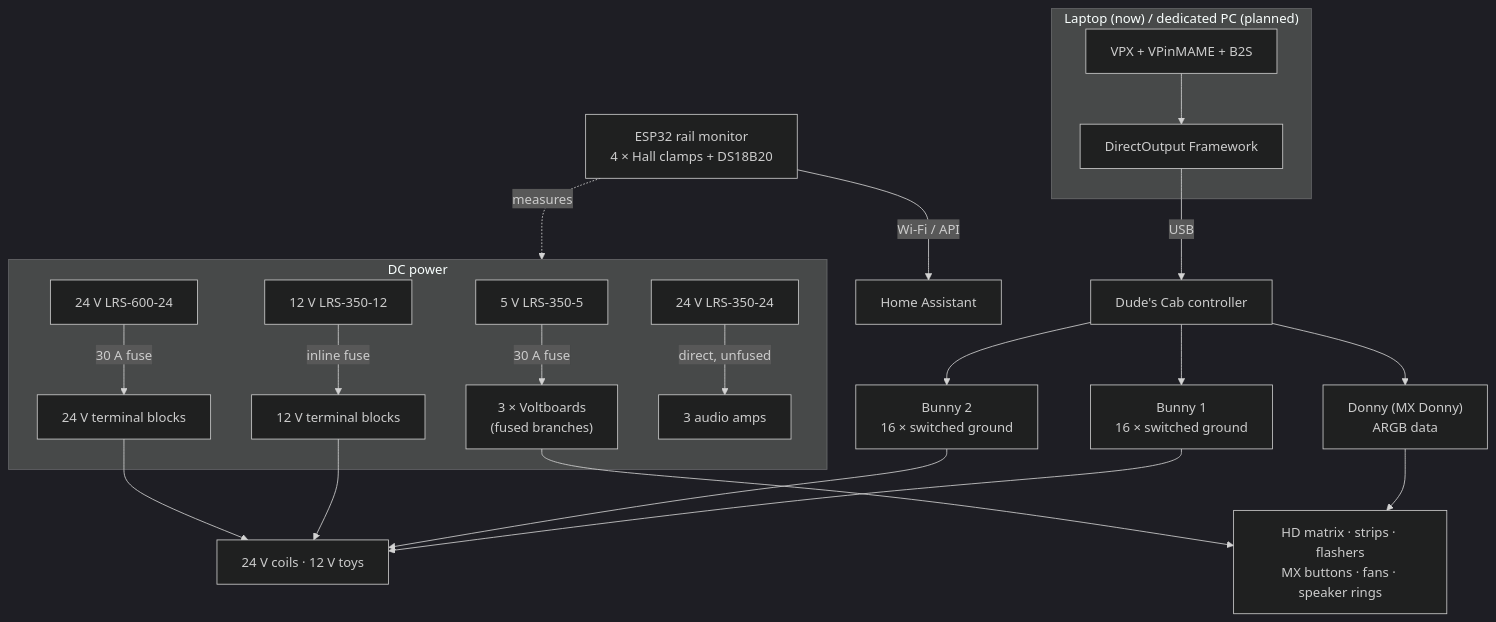
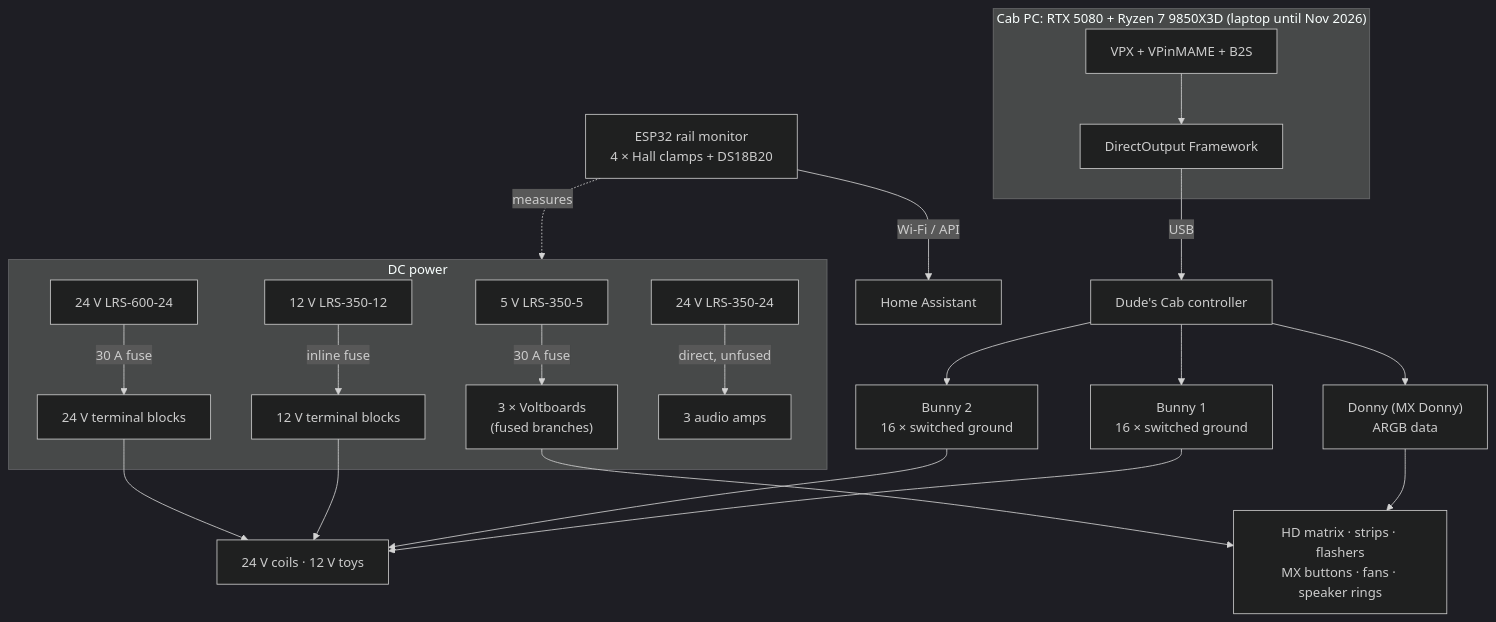
Before and after one commit to the-control-cabinet/tukkari-vpin-real-mech-cabinet: the diagram in README.md, drawn with Mermaid (dark theme). The commit also changed other lines of this file and 2 other files, not shown here.

Commit message:
Batch 15 (26 Nov): README section 10 Cab PC summary (parts, fitting, lessons, open items); sections renumbered; scope and architecture updated for the built PC

````diff
--- a/README.md
+++ b/README.md
@@ -67,22 +69,22 @@
 ```mermaid
 flowchart TB
-    subgraph PC["Laptop (now) / dedicated PC (planned)"]
+    subgraph PC["Cab PC: RTX 5080 + Ryzen 7 9850X3D (laptop until Nov 2026)"]
         VPX["VPX + VPinMAME + B2S"] --> DOF["DirectOutput Framework"]
     end
     DOF -->|USB| DC["Dude's Cab controller"]
     DC --> B1["Bunny 1<br/>16 × switched ground"]
     DC --> B2["Bunny 2<br/>16 × switched ground"]
     DC --> DN["Donny (MX Donny)<br/>ARGB data"]
     B1 & B2 --> TOYS["24 V coils · 12 V toys"]
     DN --> ARGB["HD matrix · strips · flashers<br/>MX buttons · fans · speaker rings"]
     subgraph PWR["DC power"]
         P5["5 V LRS-350-5"] -->|30 A fuse| VB["3 × Voltboards<br/>(fused branches)"]
         P12["12 V LRS-350-12"] -->|inline fuse| TB12["12 V terminal blocks"]
         P24["24 V LRS-600-24"] -->|30 A fuse| TB24["24 V terminal blocks"]
         PA["24 V LRS-350-24"] -->|direct, unfused| AMP["3 audio amps"]
     end
     VB --> ARGB
     TB12 & TB24 --> TOYS
     ESP["ESP32 rail monitor<br/>4 × Hall clamps + DS18B20"] -.measures.-> PWR
     ESP -->|Wi-Fi / API| HA["Home Assistant"]
 ```
````
